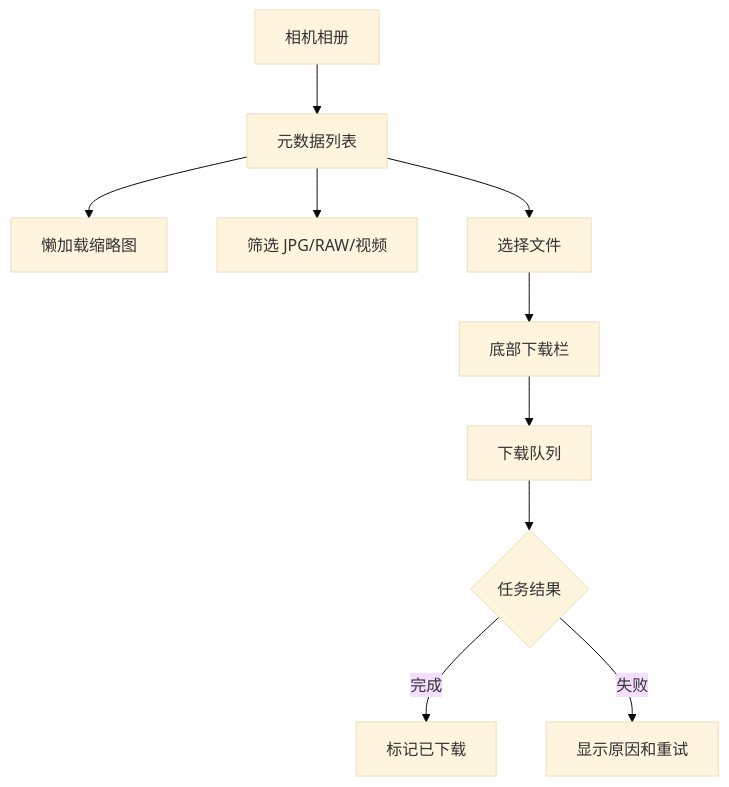
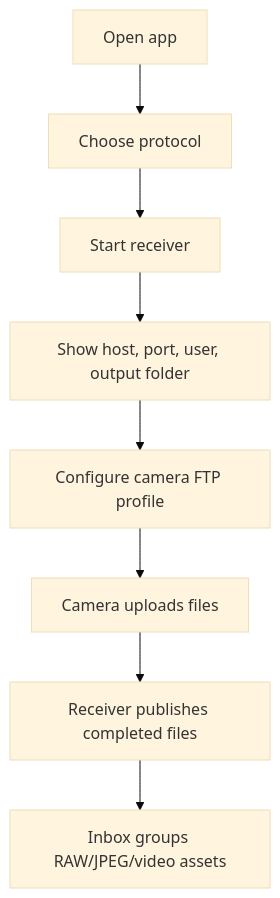
The diagram in docs/product/prototype-spec.md (CrazyNB/camera_connector), drawn with Mermaid (base theme) before and after one commit. The commit also changed other lines of this file and 57 other files, not shown here.

Commit message:
refactor: switch importer to ftp push receiver

````diff
--- a/docs/product/prototype-spec.md
+++ b/docs/product/prototype-spec.md
@@ -142,12 +9,10 @@
 ```mermaid
 flowchart TD
-  A["相机相册"] --> B["元数据列表"]
-  B --> C["懒加载缩略图"]
-  B --> D["筛选 JPG/RAW/视频"]
-  B --> E["选择文件"]
-  E --> F["底部下载栏"]
-  F --> G["下载队列"]
-  G --> H{"任务结果"}
-  H -->|完成| I["标记已下载"]
-  H -->|失败| J["显示原因和重试"]
+  A["Open app"] --> B["Choose protocol"]
+  B --> C["Start receiver"]
+  C --> D["Show host, port, user, output folder"]
+  D --> E["Configure camera FTP profile"]
+  E --> F["Camera uploads files"]
+  F --> G["Receiver publishes completed files"]
+  G --> H["Inbox groups RAW/JPEG/video assets"]
 ```
````
